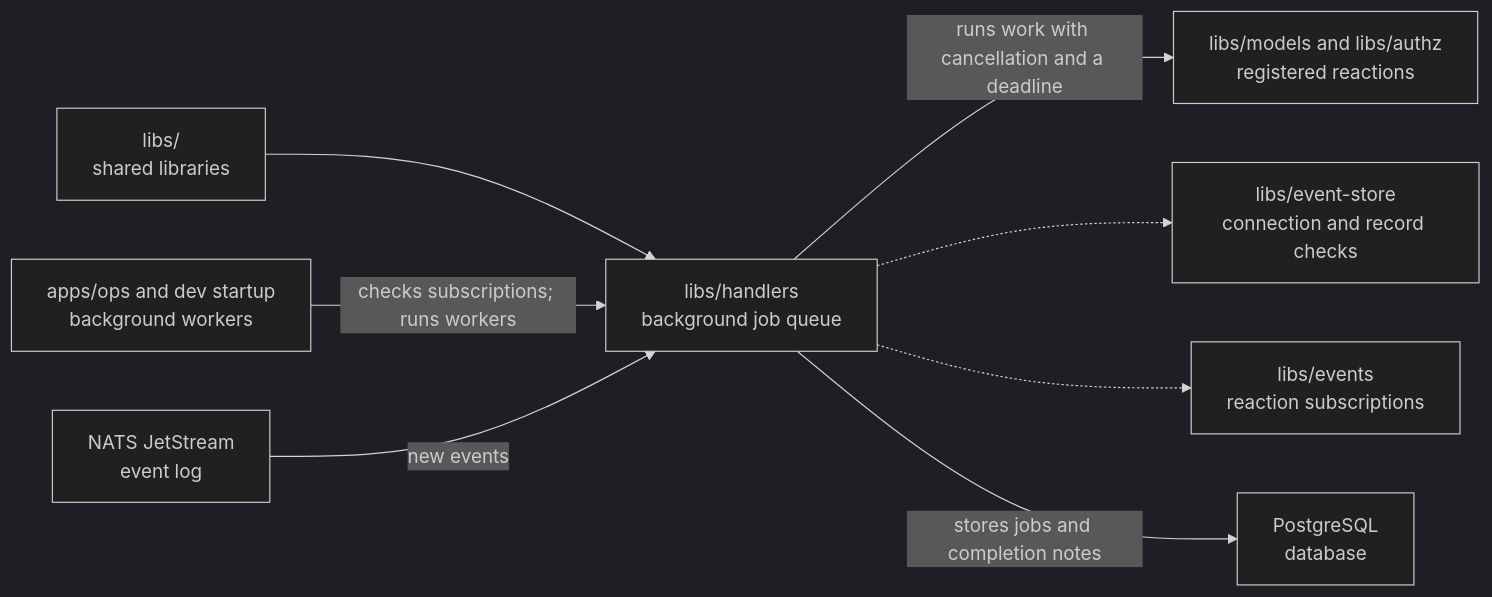
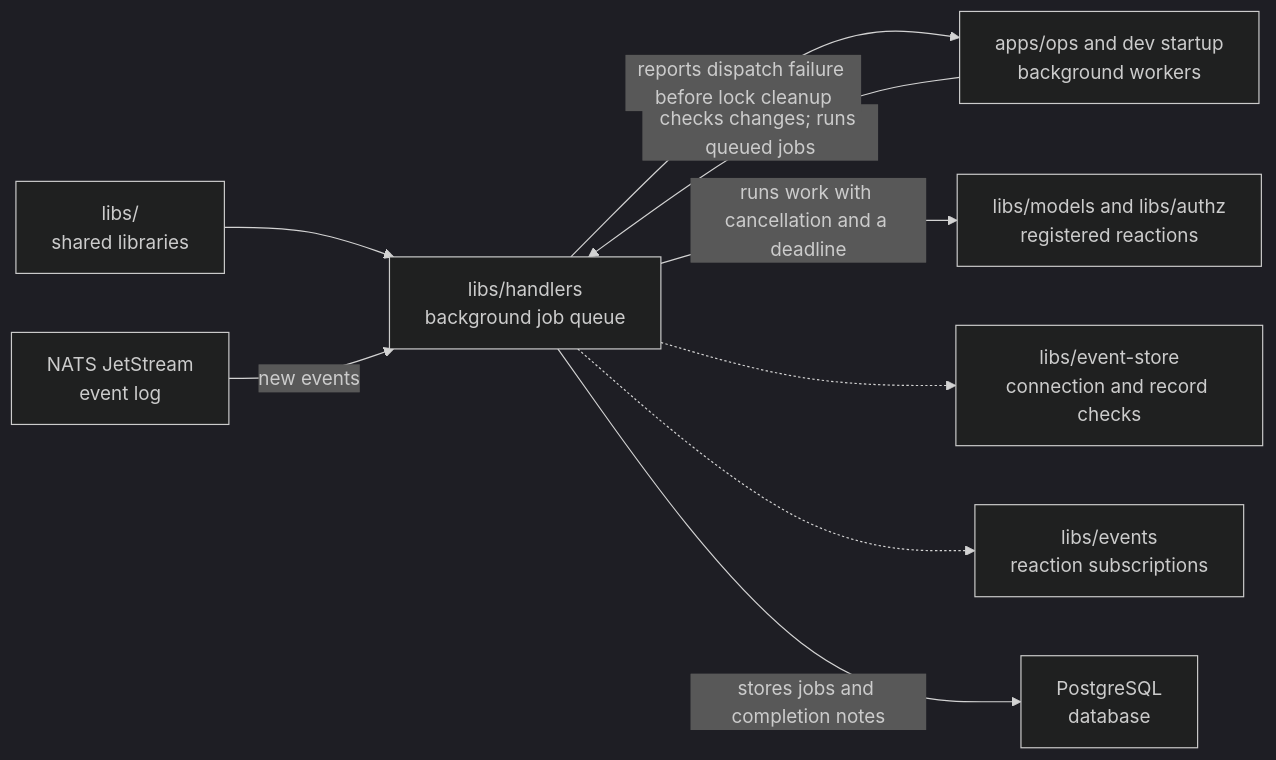
Before and after one commit to elewa-git/opencrane-new: the diagram in libs/handlers/README.md, drawn with Mermaid (dark theme). The commit also changed other lines of this file and 21 other files, not shown here.

First line of the commit message:
🧰 Dev stacks run the handler upgrade check before starting apps and only report ready while background work runs (#905)

````diff
--- a/libs/handlers/README.md
+++ b/libs/handlers/README.md
@@ -20,10 +20,11 @@
 ```mermaid
 flowchart LR
   parent["libs/<br/>shared libraries"] --> handlers["libs/handlers<br/>background job queue"]
-  ops["apps/ops and dev startup<br/>background workers"] -->|checks subscriptions; runs workers| handlers
+  ops["apps/ops and dev startup<br/>background workers"] -->|checks changes; runs queued jobs| handlers
+  handlers -->|reports dispatch failure before lock cleanup| ops
   nats["NATS JetStream<br/>event log"] -->|new events| handlers
   handlers -->|runs work with cancellation and a deadline| reactions["libs/models and libs/authz<br/>registered reactions"]
   handlers -.-> store["libs/event-store<br/>connection and record checks"]
   handlers -.-> events["libs/events<br/>reaction subscriptions"]
   handlers -->|stores jobs and completion notes| pg["PostgreSQL<br/>database"]
 ```
````
